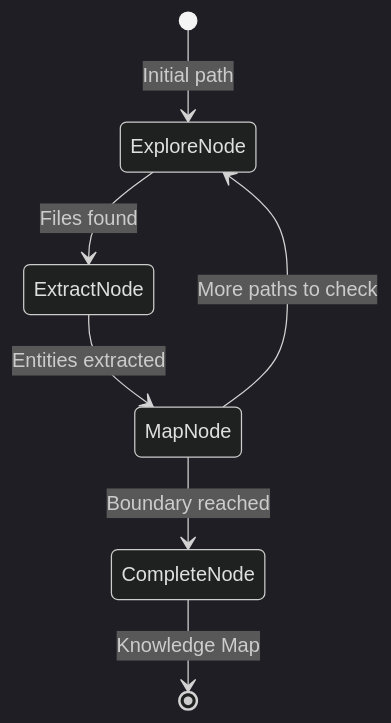
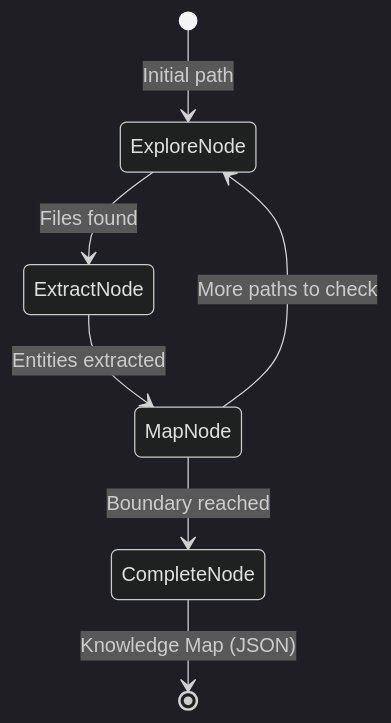
One commit to runyaga/agentic-patterns-book changed the diagram in docs/patterns/21-domain-exploration.md. Above: the diagram before and after it, drawn with Mermaid (dark theme). The commit also changed other lines of this file and 10 other files, not shown here.

````diff
--- a/docs/patterns/21-domain-exploration.md
+++ b/docs/patterns/21-domain-exploration.md
@@ -11,9 +16,9 @@
 ```mermaid
 stateDiagram-v2
     [*] --> ExploreNode: Initial path
     ExploreNode --> ExtractNode: Files found
     ExtractNode --> MapNode: Entities extracted
     MapNode --> ExploreNode: More paths to check
     MapNode --> CompleteNode: Boundary reached
-    CompleteNode --> [*]: Knowledge Map
+    CompleteNode --> [*]: Knowledge Map (JSON)
 ```
````
